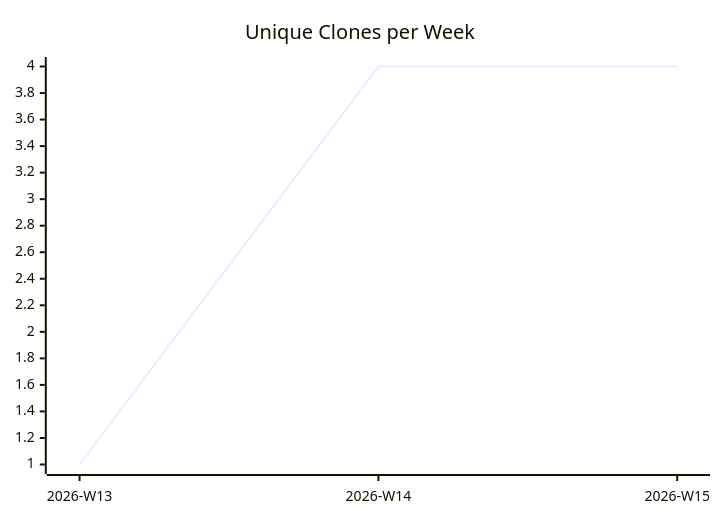
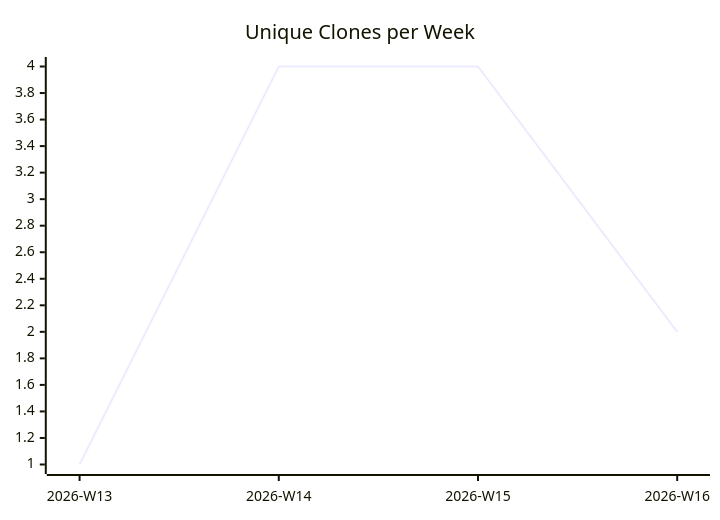
Before and after one commit to justdavis-family/github-analytics-data: the third of 3 diagrams in karlmdavis/justdavis-puppet/README.md, drawn with Mermaid. The commit also changed other lines of this file and 173 other files, not shown here.

````diff
--- a/karlmdavis/justdavis-puppet/README.md
+++ b/karlmdavis/justdavis-puppet/README.md
@@ -19,6 +19,6 @@
 ```mermaid
 xychart-beta
   title "Unique Clones per Week"
-  x-axis ["2026-W13", "2026-W14", "2026-W15"]
-  line [1, 4, 4]
+  x-axis ["2026-W13", "2026-W14", "2026-W15", "2026-W16"]
+  line [1, 4, 4, 2]
 ```
````
